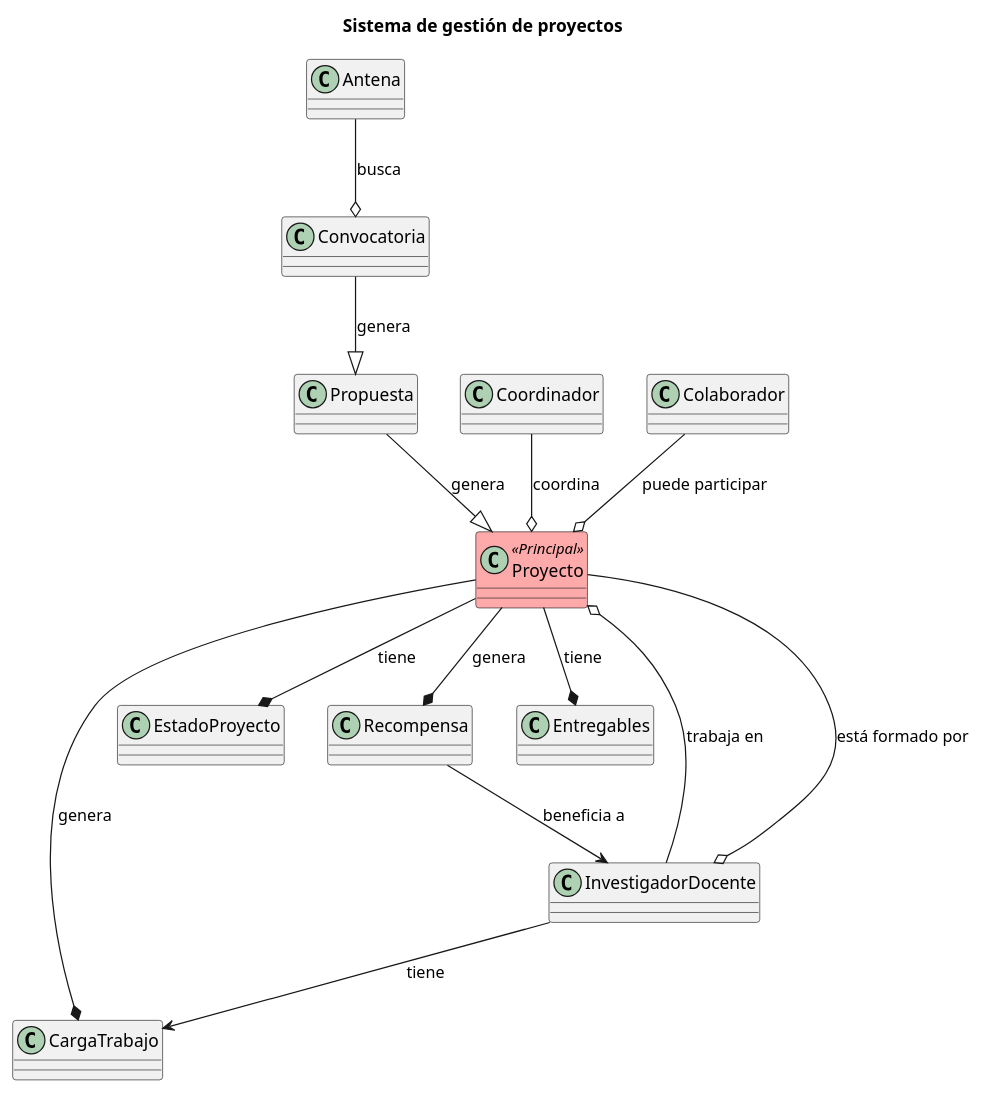
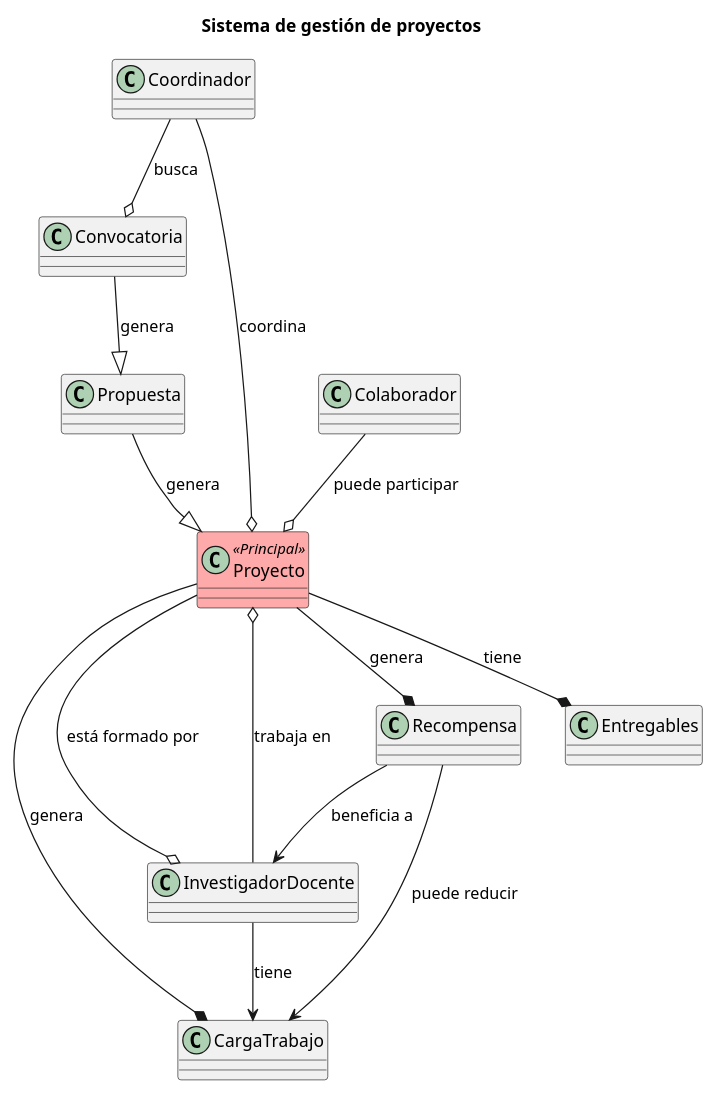
One commit to 31Diego/25-26-IdSw1-SdR changed the diagram in documentación/ModeloDelDominio/Diagramas/Clases/DiagramaClasesProyecto.puml. Above: the diagram before and after it, drawn with PlantUML. The commit also changed 2 other files, not shown here.

```diff
--- a/documentación/ModeloDelDominio/Diagramas/Clases/DiagramaClasesProyecto.puml
+++ b/documentación/ModeloDelDominio/Diagramas/Clases/DiagramaClasesProyecto.puml
@@ -1,95 +1,92 @@
 @startuml DiagramaClasesProyecto
 
 title: Sistema de gestión de proyectos
 
 
 class Proyecto <<Principal>> #FFAAAA{
 
 }
 
 class Convocatoria{
 
 }
 
 class Propuesta{
 
 }
 
 
 
 
 
 class InvestigadorDocente{
 
 }
 
 class Coordinador{
 
 }
 
-class Antena{
-
-}
 
 class Colaborador{
 
 }
 
 
 
 
-class EstadoProyecto{
 
-}
 
 class CargaTrabajo{
 
 }
 
 class Entregables{
 
 }
 
 class Recompensa{
 
 }
 
 
 
 Convocatoria --|> Propuesta: genera
 Propuesta --|> Proyecto: genera
 
 Proyecto --o InvestigadorDocente: está formado por
-Proyecto --* EstadoProyecto: tiene
 Proyecto --* Entregables: tiene
 Proyecto --* CargaTrabajo: genera
 Proyecto --* Recompensa: genera
 
 Coordinador --o Proyecto: coordina
+Coordinador --o Convocatoria: busca
 
-Antena --o Convocatoria: busca
+
 
 Colaborador --o Proyecto: puede participar
 
 InvestigadorDocente --> CargaTrabajo: tiene
 InvestigadorDocente --o Proyecto: trabaja en
 
 Recompensa --> InvestigadorDocente: beneficia a
+Recompensa --> CargaTrabajo: puede reducir
+
 
 
 
 
 
 
 
 
 
 
 
 
 
 
 
 
 
 @enduml
```
